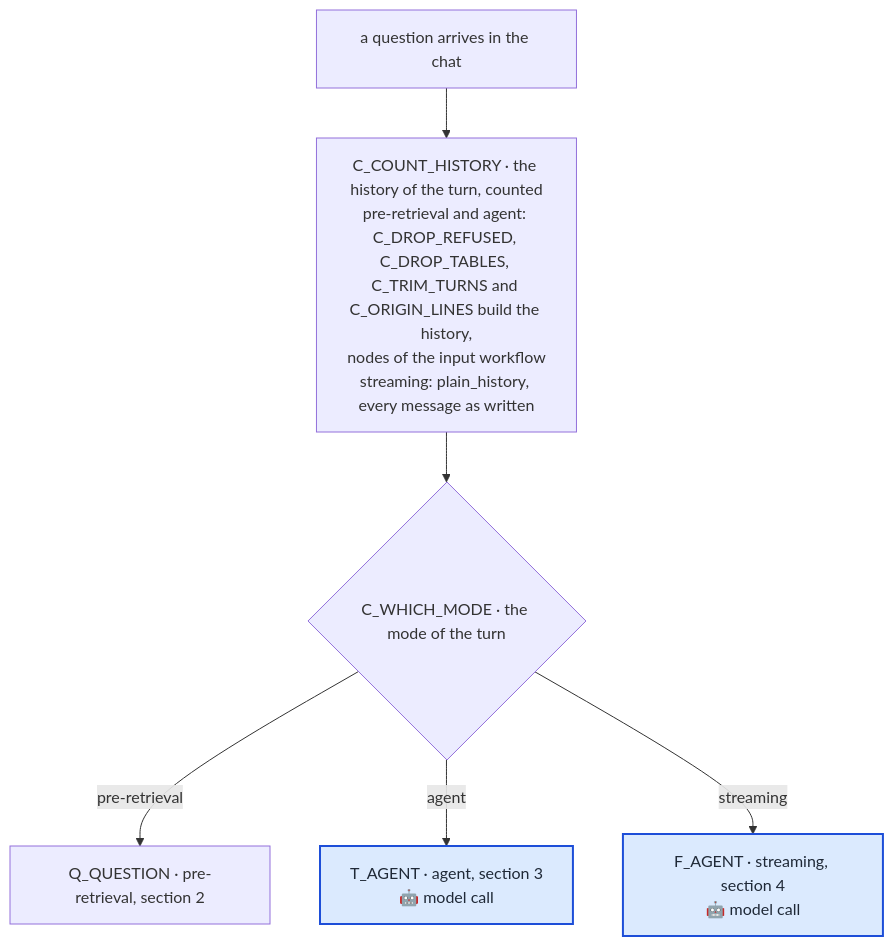
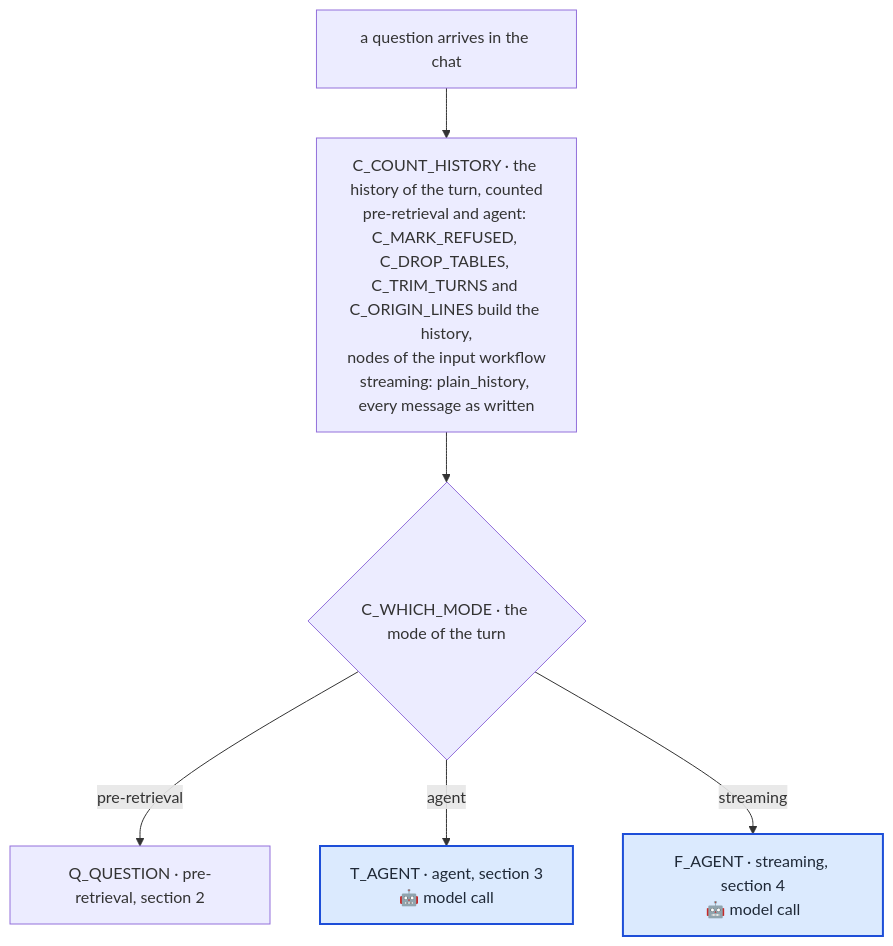
One commit to Clod/llmwiki-marimo changed the first of 2 diagrams in docs/query_nodes.md. Above: the diagram before and after it, drawn with Mermaid. The commit also changed other lines of this file and 18 other files, not shown here.

````diff
--- a/docs/query_nodes.md
+++ b/docs/query_nodes.md
@@ -72,15 +72,15 @@
 ```mermaid
 flowchart TD
     START["a question arrives in the chat"]
-    C_COUNT_HISTORY["C_COUNT_HISTORY · the history of the turn, counted<br/>pre-retrieval and agent: C_DROP_REFUSED, C_DROP_TABLES, C_TRIM_TURNS and C_ORIGIN_LINES build the history,<br/>nodes of the input workflow<br/>streaming: plain_history, every message as written"]
+    C_COUNT_HISTORY["C_COUNT_HISTORY · the history of the turn, counted<br/>pre-retrieval and agent: C_MARK_REFUSED, C_DROP_TABLES, C_TRIM_TURNS and C_ORIGIN_LINES build the history,<br/>nodes of the input workflow<br/>streaming: plain_history, every message as written"]
     C_WHICH_MODE{"C_WHICH_MODE · the mode of the turn"}
     P["Q_QUESTION · pre-retrieval, section 2"]
     S["T_AGENT · agent, section 3<br/>🤖 model call"]
     F["F_AGENT · streaming, section 4<br/>🤖 model call"]
     START --> C_COUNT_HISTORY --> C_WHICH_MODE
     C_WHICH_MODE -->|pre-retrieval| P
     C_WHICH_MODE -->|agent| S
     C_WHICH_MODE -->|streaming| F
     classDef llm fill:#dbeafe,stroke:#1d4ed8,stroke-width:2px,color:#1f2937
     class S,F llm
 ```
````
